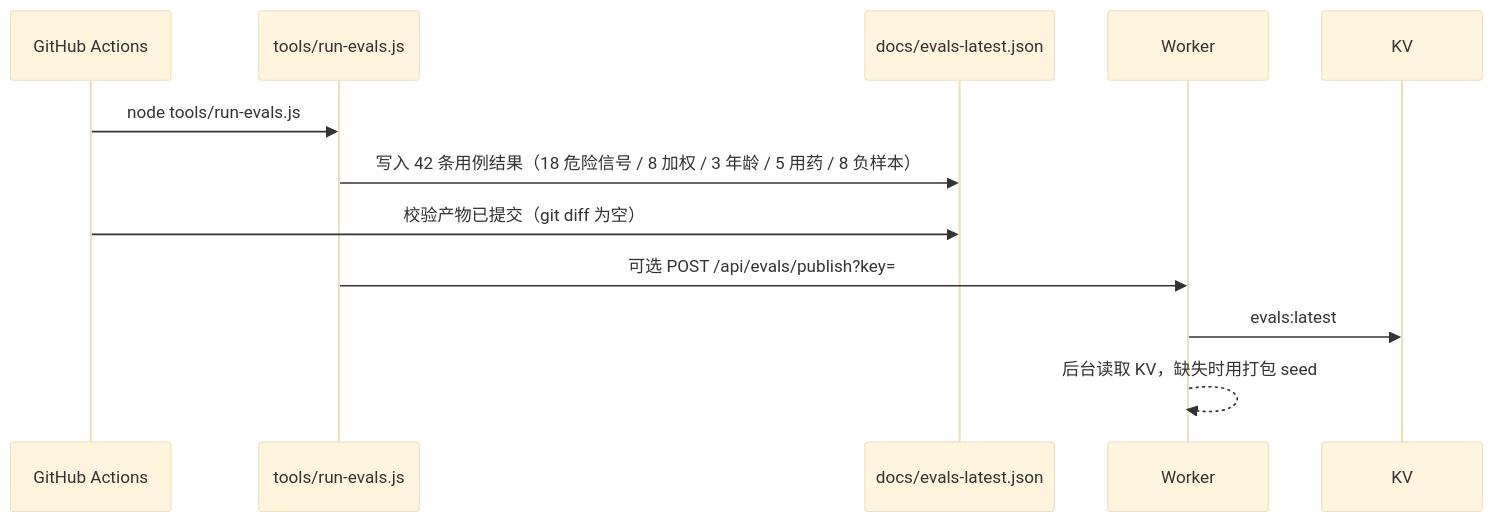
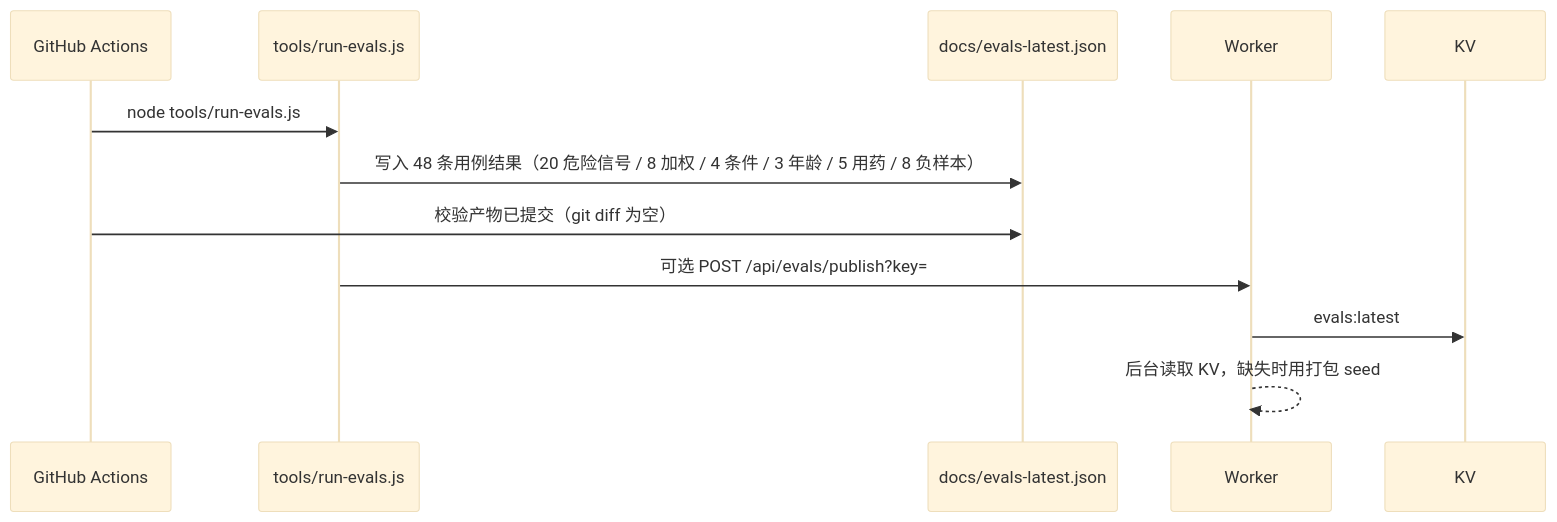
The fourth of 5 diagrams in docs/架构图.md (huang1357810/symptom-compass), drawn with Mermaid (base theme) before and after one commit. The commit also changed 22 other files, not shown here.

````diff
--- a/docs/架构图.md
+++ b/docs/架构图.md
@@ -84,15 +84,15 @@
 ```mermaid
 sequenceDiagram
   participant CI as GitHub Actions
   participant T as tools/run-evals.js
   participant R as docs/evals-latest.json
   participant A as Worker
   participant K as KV
 
   CI->>T: node tools/run-evals.js
-  T->>R: 写入 42 条用例结果（18 危险信号 / 8 加权 / 3 年龄 / 5 用药 / 8 负样本）
+  T->>R: 写入 48 条用例结果（20 危险信号 / 8 加权 / 4 条件 / 3 年龄 / 5 用药 / 8 负样本）
   CI->>R: 校验产物已提交（git diff 为空）
   T->>A: 可选 POST /api/evals/publish?key=
   A->>K: evals:latest
   A-->>A: 后台读取 KV，缺失时用打包 seed
 ```
````
